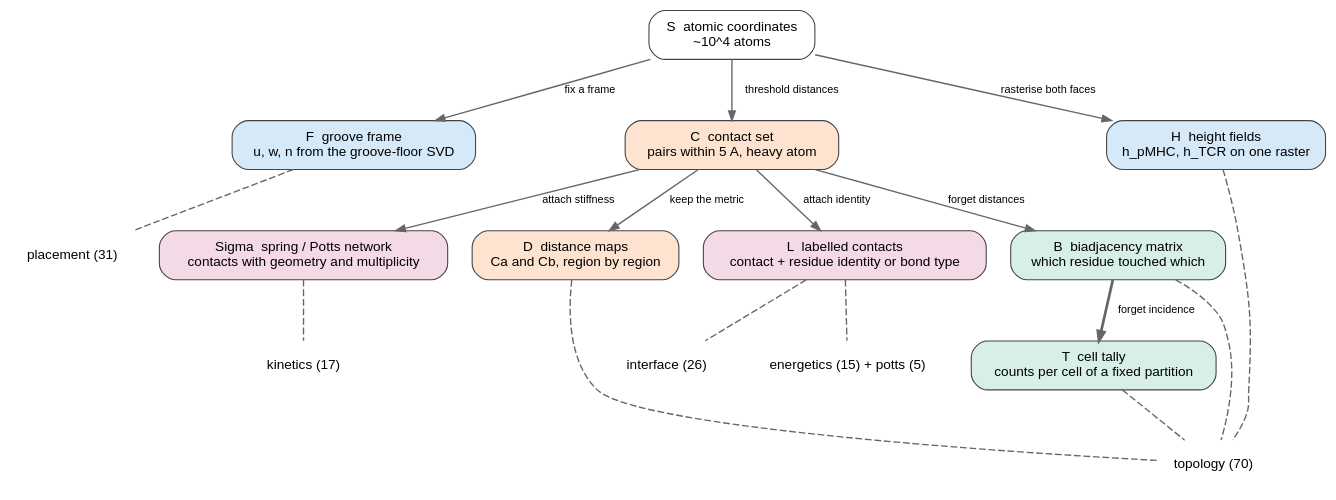
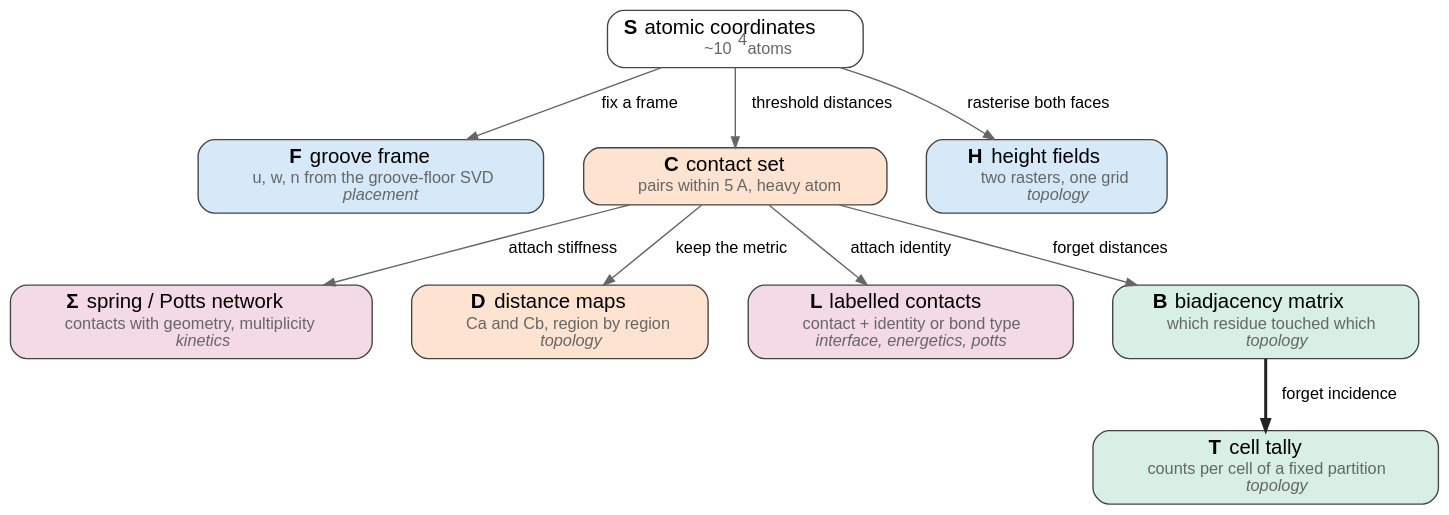
The diagram in appendix/generated/reduction.dot (antigenomics/tcren), drawn with Graphviz before and after one commit. The commit also changed 4 other files, not shown here.

```diff
--- a/appendix/generated/reduction.dot
+++ b/appendix/generated/reduction.dot
@@ -1,47 +1,48 @@
 // GENERATED by scripts/gen_appendix.py -- do not edit.
 digraph reduction {
-  rankdir=TB; splines=spline; bgcolor="transparent";
-  node [shape=box, style="rounded,filled", fontname="Helvetica", fontsize=10,
-        color="#444444", penwidth=0.8];
-  edge [fontname="Helvetica", fontsize=8, color="#666666", arrowsize=0.7];
+  rankdir=TB; splines=spline; bgcolor="transparent"; ranksep=0.55; nodesep=0.40;
+  node [shape=box, style="rounded,filled", fontname="Helvetica", fontsize=15,
+        color="#444444", penwidth=1.0, margin="0.16,0.09"];
+  edge [fontname="Helvetica", fontsize=12, color="#666666", arrowsize=0.8];
 
-  S [label="S  atomic coordinates\n~10^4 atoms", fillcolor="#FFFFFF"];
+  S [label=<<b>S</b> &nbsp;atomic coordinates<br/>
+      <font point-size="12" color="#666666">~10<sup>4</sup> atoms</font>>, fillcolor="#FFFFFF"];
 
-  F [label="F  groove frame\nu, w, n from the groove-floor SVD", fillcolor="#D6E9F8"];
-  C [label="C  contact set\npairs within 5 A, heavy atom", fillcolor="#FDE3D0"];
-  H [label="H  height fields\nh_pMHC, h_TCR on one raster", fillcolor="#D6E9F8"];
-  Sg [label="Sigma  spring / Potts network\ncontacts with geometry and multiplicity",
-      fillcolor="#F4D9E6"];
+  F [label=<<b>F</b> &nbsp;groove frame<br/>
+      <font point-size="12" color="#666666">u, w, n from the groove-floor SVD<br/>
+      <i>placement</i></font>>, fillcolor="#D6E9F8"];
+  C [label=<<b>C</b> &nbsp;contact set<br/>
+      <font point-size="12" color="#666666">pairs within 5 A, heavy atom</font>>,
+      fillcolor="#FDE3D0"];
+  H [label=<<b>H</b> &nbsp;height fields<br/>
+      <font point-size="12" color="#666666">two rasters, one grid<br/>
+      <i>topology</i></font>>, fillcolor="#D6E9F8"];
 
-  D [label="D  distance maps\nCa and Cb, region by region", fillcolor="#FDE3D0"];
-  L [label="L  labelled contacts\ncontact + residue identity or bond type", fillcolor="#F4D9E6"];
-  B [label="B  biadjacency matrix\nwhich residue touched which", fillcolor="#D7EFE4"];
-  T [label="T  cell tally\ncounts per cell of a fixed partition", fillcolor="#D7EFE4"];
+  Sg [label=<<b>&Sigma;</b> &nbsp;spring / Potts network<br/>
+      <font point-size="12" color="#666666">contacts with geometry, multiplicity<br/>
+      <i>kinetics</i></font>>, fillcolor="#F4D9E6"];
+  D [label=<<b>D</b> &nbsp;distance maps<br/>
+      <font point-size="12" color="#666666">Ca and Cb, region by region<br/>
+      <i>topology</i></font>>, fillcolor="#FDE3D0"];
+  L [label=<<b>L</b> &nbsp;labelled contacts<br/>
+      <font point-size="12" color="#666666">contact + identity or bond type<br/>
+      <i>interface, energetics, potts</i></font>>, fillcolor="#F4D9E6"];
+  B [label=<<b>B</b> &nbsp;biadjacency matrix<br/>
+      <font point-size="12" color="#666666">which residue touched which<br/>
+      <i>topology</i></font>>, fillcolor="#D7EFE4"];
+  T [label=<<b>T</b> &nbsp;cell tally<br/>
+      <font point-size="12" color="#666666">counts per cell of a fixed partition<br/>
+      <i>topology</i></font>>, fillcolor="#D7EFE4"];
 
   S -> F  [label="  fix a frame"];
   S -> C  [label="  threshold distances"];
-  S -> H  [label="  rasterise both faces"];
+  S -> H  [label="  rasterise both faces  "];
   C -> Sg [label="  attach stiffness"];
   C -> D  [label="  keep the metric"];
   C -> L  [label="  attach identity"];
   C -> B  [label="  forget distances"];
-  B -> T  [label="  forget incidence", style=bold];
+  B -> T  [label="  forget incidence", style=bold, penwidth=2.2, color="#222222"];
 
   {rank=same; F; C; H;}
-  {rank=same; D; L; B; Sg;}
-
-  f_pl [shape=plaintext, fillcolor="transparent", label="placement (31)"];
-  f_if [shape=plaintext, fillcolor="transparent", label="interface (26)"];
-  f_tp [shape=plaintext, fillcolor="transparent", label="topology (70)"];
-  f_en [shape=plaintext, fillcolor="transparent", label="energetics (15) + potts (5)"];
-  f_kn [shape=plaintext, fillcolor="transparent", label="kinetics (17)"];
-
-  F -> f_pl [style=dashed, arrowhead=none];
-  L -> f_if [style=dashed, arrowhead=none];
-  T -> f_tp [style=dashed, arrowhead=none];
-  B -> f_tp [style=dashed, arrowhead=none];
-  H -> f_tp [style=dashed, arrowhead=none];
-  D -> f_tp [style=dashed, arrowhead=none];
-  L -> f_en [style=dashed, arrowhead=none];
-  Sg -> f_kn [style=dashed, arrowhead=none];
+  {rank=same; Sg; D; L; B;}
 }
```
